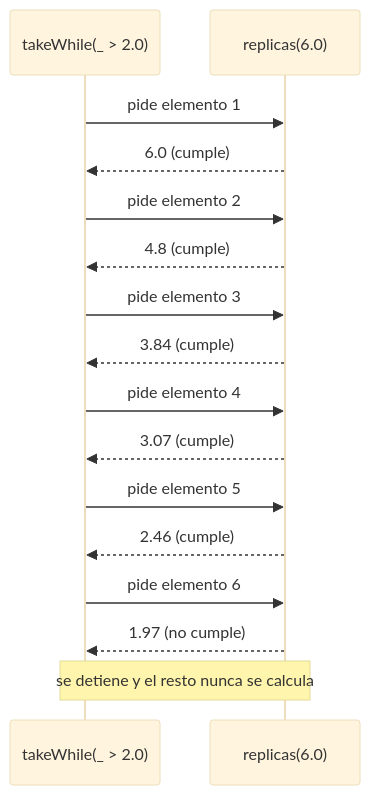
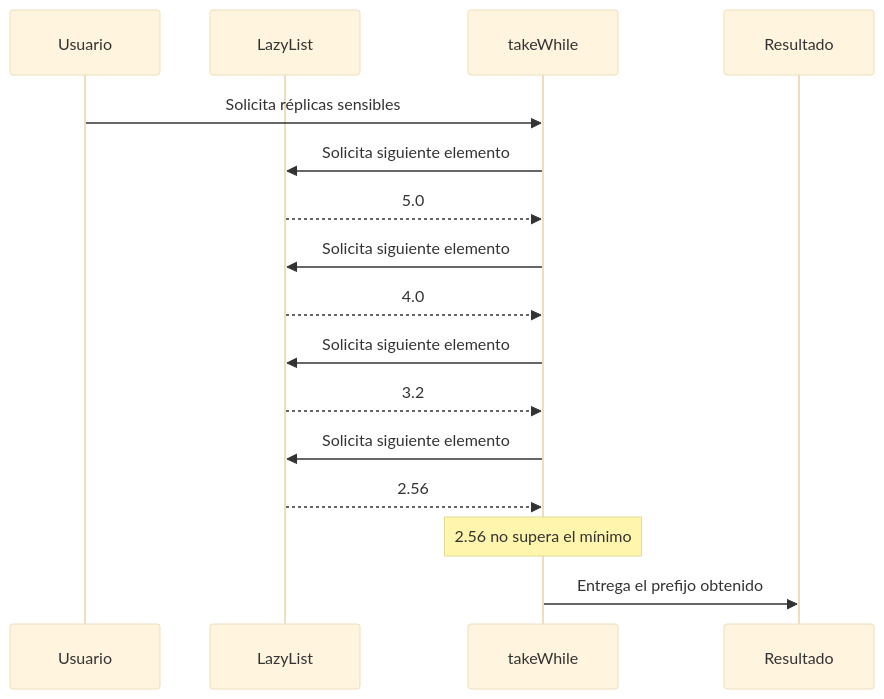
One commit to EndGame3557A/pfc-taller-3-registro-sismico changed the third of 3 diagrams in docs/proceso.md. Above: the diagram before and after it, drawn with Mermaid (base theme). The commit also changed other lines of this file and 1 other file, not shown here.

````diff
--- a/docs/proceso.md
+++ b/docs/proceso.md
@@ -214,19 +1055,19 @@
 ```mermaid
 sequenceDiagram
-    participant T as takeWhile(_ > 2.0)
-    participant L as replicas(6.0)
- 
-    T->>L: pide elemento 1
-    L-->>T: 6.0 (cumple)
-    T->>L: pide elemento 2
-    L-->>T: 4.8 (cumple)
-    T->>L: pide elemento 3
-    L-->>T: 3.84 (cumple)
-    T->>L: pide elemento 4
-    L-->>T: 3.07 (cumple)
-    T->>L: pide elemento 5
-    L-->>T: 2.46 (cumple)
-    T->>L: pide elemento 6
-    L-->>T: 1.97 (no cumple)
-    Note over T,L: se detiene y el resto nunca se calcula
+   participant U as Usuario
+   participant L as LazyList
+   participant T as takeWhile
+   participant R as Resultado
+
+   U->>T: Solicita réplicas sensibles
+   T->>L: Solicita siguiente elemento
+   L-->>T: 5.0
+   T->>L: Solicita siguiente elemento
+   L-->>T: 4.0
+   T->>L: Solicita siguiente elemento
+   L-->>T: 3.2
+   T->>L: Solicita siguiente elemento
+   L-->>T: 2.56
+   Note over T: 2.56 no supera el mínimo
+   T->>R: Entrega el prefijo obtenido
 ```
````
